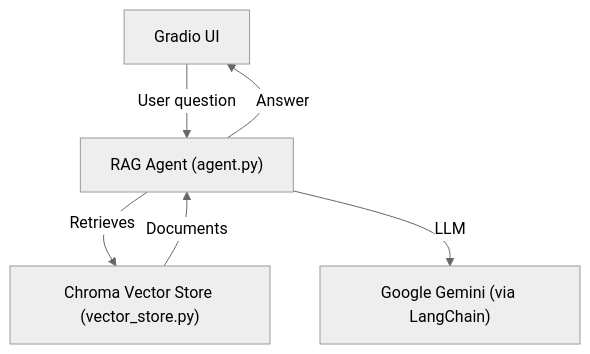
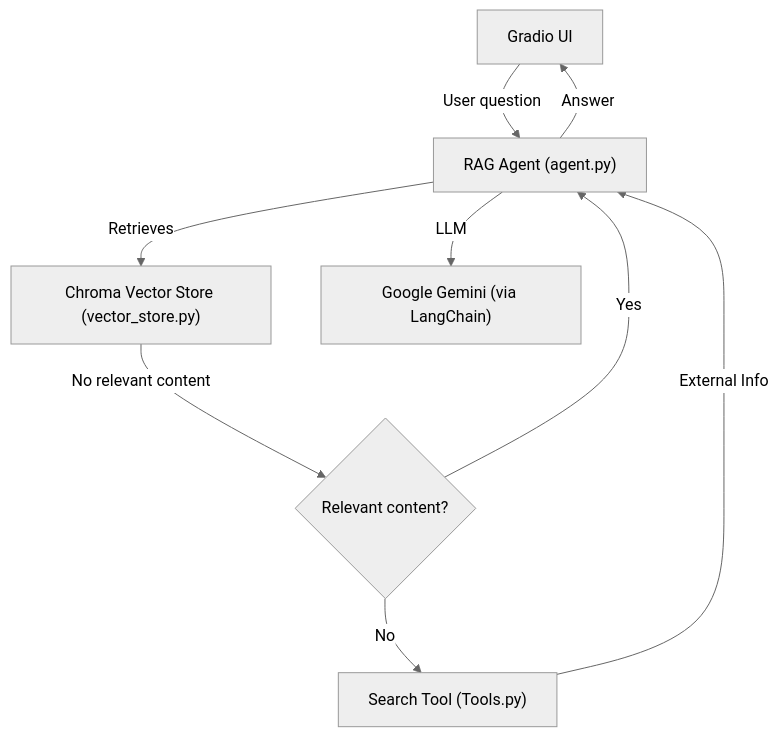
The diagram in README.md (sujith2303/AgenticRAG), drawn with Mermaid (neutral theme) before and after one commit. The commit also changed 1 other file, not shown here.

Commit message:
Added images and changed the architecture of agent

````diff
--- a/README.md
+++ b/README.md
@@ -62,8 +62,11 @@
 ```mermaid
 graph TD;
   UI["Gradio UI"] -->|User question| Agent["RAG Agent (agent.py)"]
   Agent -->|Retrieves| VectorDB["Chroma Vector Store (vector_store.py)"]
+  VectorDB -- No relevant content --> SearchDecision{Relevant content?}
+  SearchDecision -- No --> SearchTool["Search Tool (Tools.py)"]
+  SearchDecision -- Yes --> Agent
+  SearchTool -->|External Info| Agent
   Agent -->|LLM| Gemini["Google Gemini (via LangChain)"]
-  VectorDB -->|Documents| Agent
   Agent -->|Answer| UI
 ```
````
